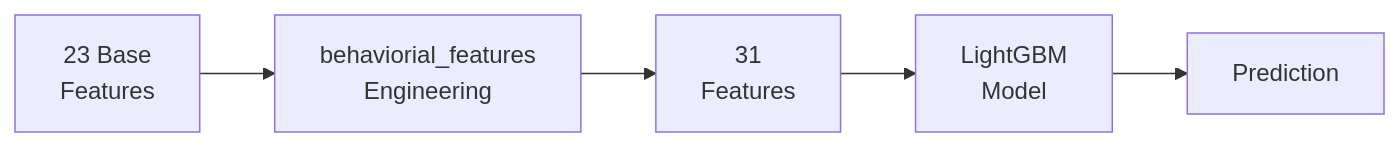
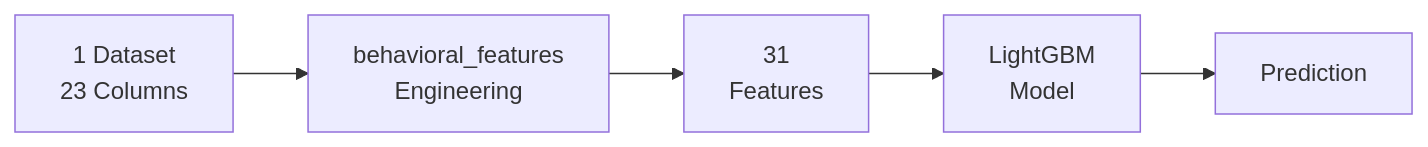
The third of 10 diagrams in ARCHITECTURE_GUIDE_COMPACT.md (walterzenia/A-smart-Loan-default-hybrid-system), drawn with Mermaid before and after one commit. The commit also changed other lines of this file and 14 other files, not shown here.

````diff
--- a/ARCHITECTURE_GUIDE_COMPACT.md
+++ b/ARCHITECTURE_GUIDE_COMPACT.md
@@ -55,7 +59,7 @@
 ```mermaid
 graph LR
-    A[23 Base<br/>Features] --> B[behaviorial_features<br/>Engineering]
+    A[1 Dataset<br/>23 Columns] --> B[behavioral_features<br/>Engineering]
     B --> C[31<br/>Features]
     C --> D[LightGBM<br/>Model]
     D --> E[Prediction]
 ```
````
